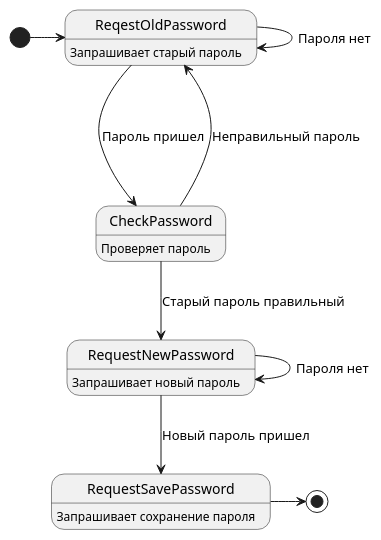
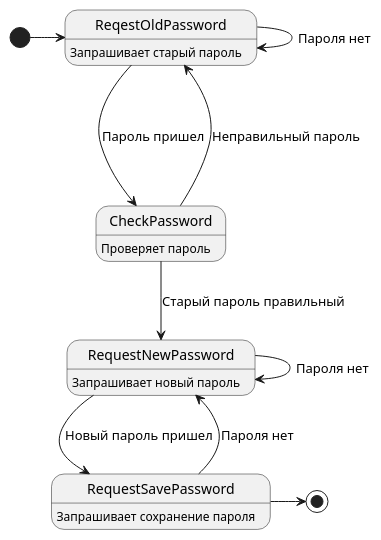
The fourth of 4 diagrams in docs/design.md (AKTOETO/statemachine), drawn with PlantUML before and after one commit.

Commit message:
[design] Update example scenario

````diff
--- a/docs/design.md
+++ b/docs/design.md
@@ -176,17 +176,18 @@
 ```plantuml
 ' left to right direction
 
 state "ReqestOldPassword" as ROP : Запрашивает старый пароль
 state "CheckPassword" as CP : Проверяет пароль
 state "RequestNewPassword" as RNP : Запрашивает новый пароль
 state "RequestSavePassword" as RSP : Запрашивает сохранение пароля
 
 [*] -> ROP
 ROP ---> CP : Пароль пришел
 ROP -> ROP : Пароля нет
 CP ---> ROP : Неправильный пароль
 CP --> RNP : Старый пароль правильный
 RNP -> RNP: Пароля нет
 RNP --> RSP : Новый пароль пришел
+RSP --> RNP : Пароля нет
 RSP -> [*]
 ```
````
